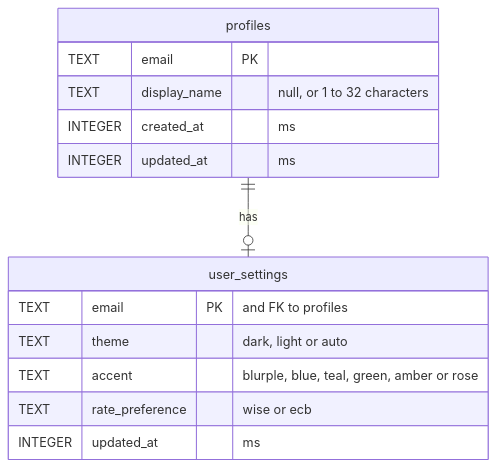
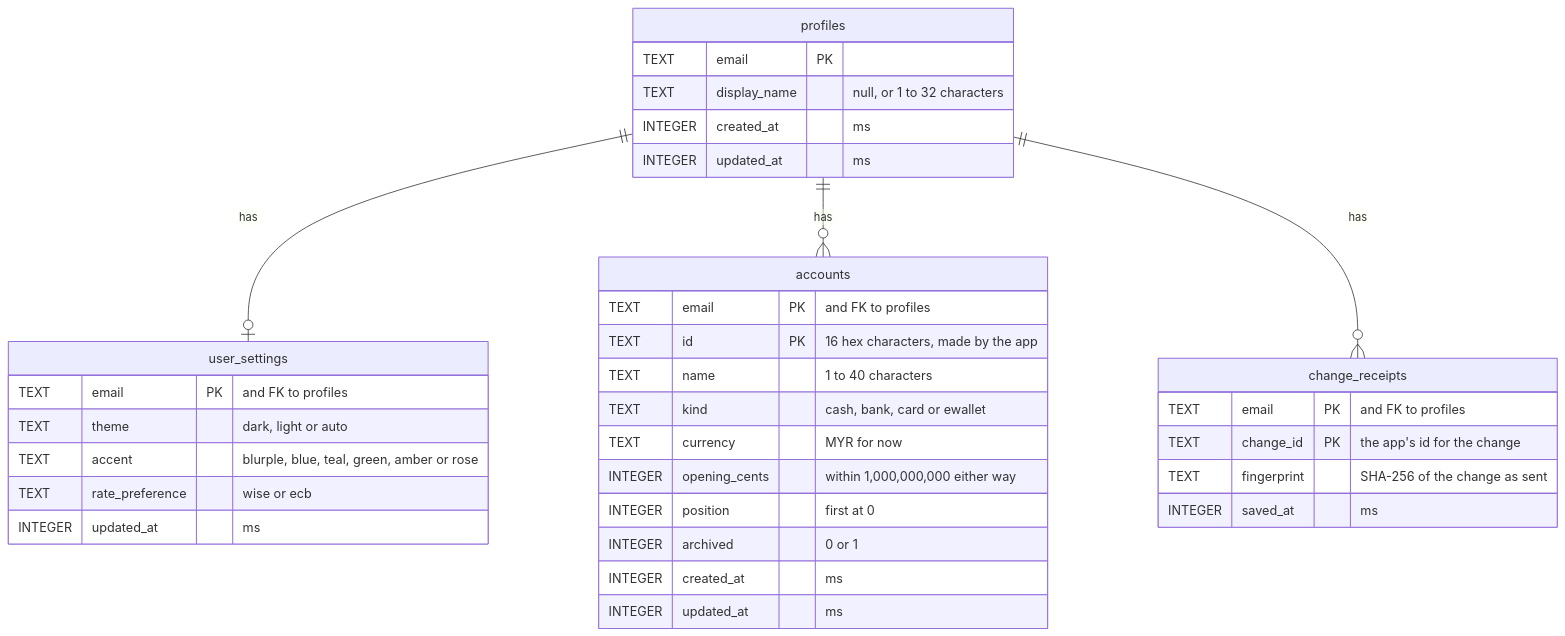
One commit to BlueSky0322/mahnee changed the diagram in docs/erd.md. Above: the diagram before and after it, drawn with Mermaid. The commit also changed other lines of this file and 31 other files, not shown here.

````diff
--- a/docs/erd.md
+++ b/docs/erd.md
@@ -7,17 +7,37 @@
 ```mermaid
 erDiagram
   profiles ||--o| user_settings : "has"
+  profiles ||--o{ accounts : "has"
+  profiles ||--o{ change_receipts : "has"
   profiles {
     TEXT email PK
     TEXT display_name "null, or 1 to 32 characters"
     INTEGER created_at "ms"
     INTEGER updated_at "ms"
   }
   user_settings {
     TEXT email PK "and FK to profiles"
     TEXT theme "dark, light or auto"
     TEXT accent "blurple, blue, teal, green, amber or rose"
     TEXT rate_preference "wise or ecb"
     INTEGER updated_at "ms"
   }
+  accounts {
+    TEXT email PK "and FK to profiles"
+    TEXT id PK "16 hex characters, made by the app"
+    TEXT name "1 to 40 characters"
+    TEXT kind "cash, bank, card or ewallet"
+    TEXT currency "MYR for now"
+    INTEGER opening_cents "within 1,000,000,000 either way"
+    INTEGER position "first at 0"
+    INTEGER archived "0 or 1"
+    INTEGER created_at "ms"
+    INTEGER updated_at "ms"
+  }
+  change_receipts {
+    TEXT email PK "and FK to profiles"
+    TEXT change_id PK "the app's id for the change"
+    TEXT fingerprint "SHA-256 of the change as sent"
+    INTEGER saved_at "ms"
+  }
 ```
````
